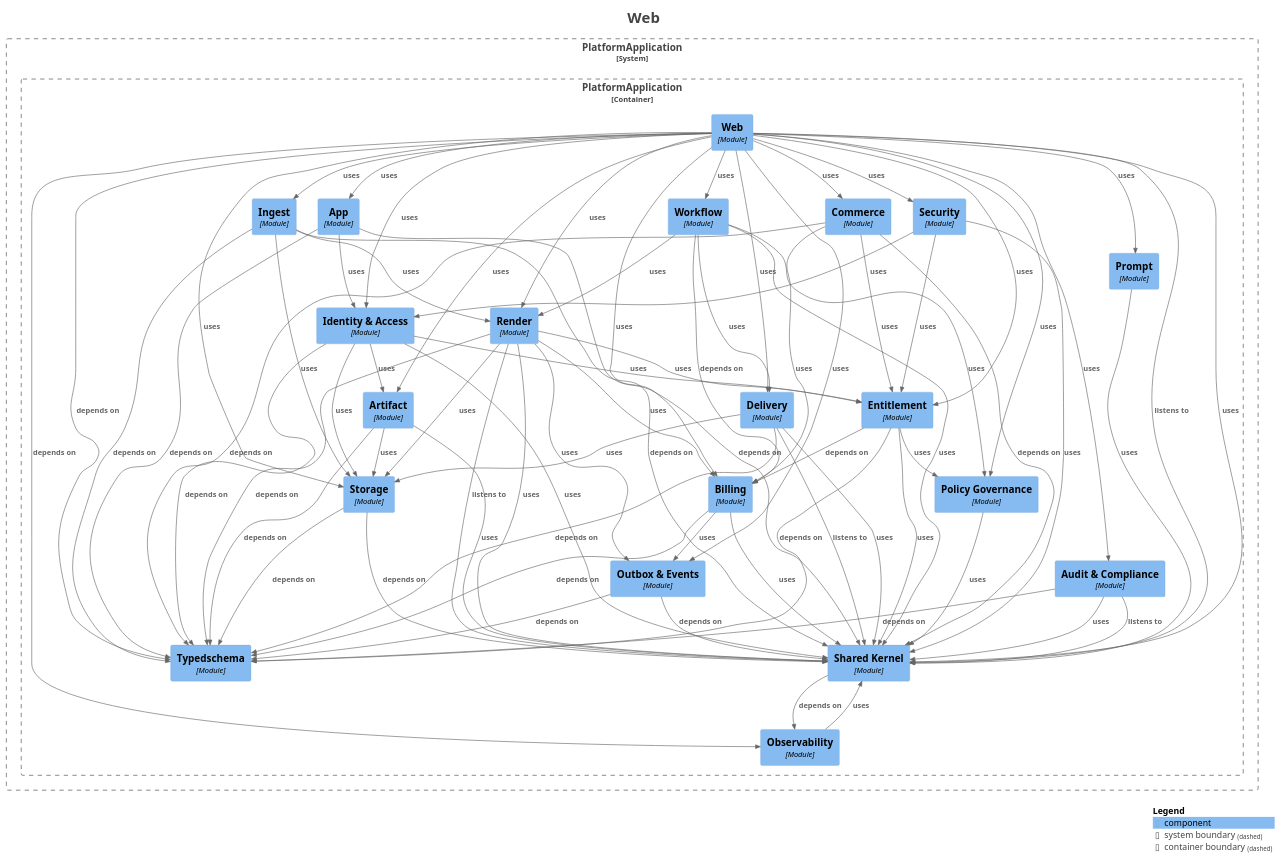
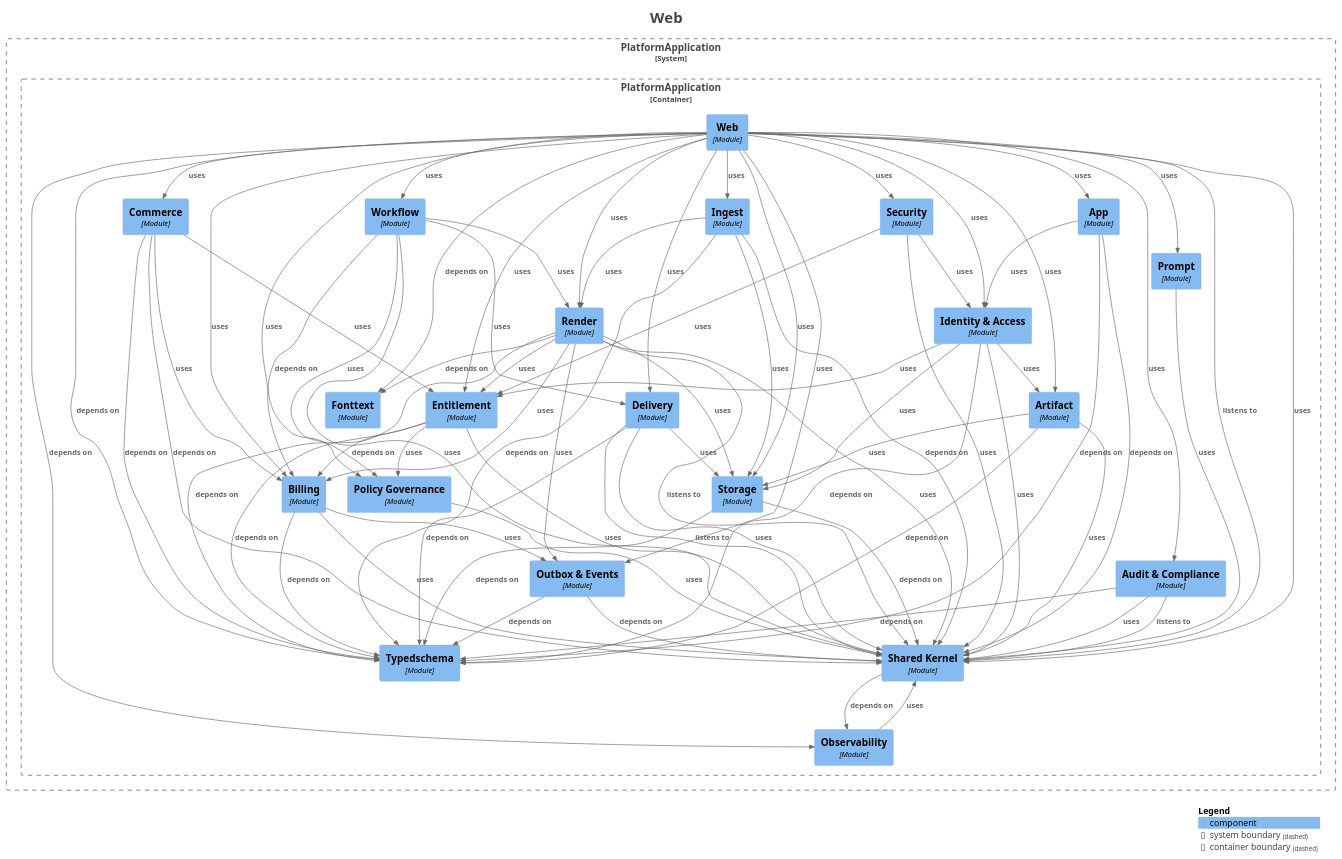
Before and after one commit to shangxq007/media-platform: the diagram in platform-app/docs/architecture/maps/generated/modulith/module-web.puml, drawn with PlantUML. The commit also changed 22 other files, not shown here.

First line of the commit message:
chore(architecture): regenerate modulith component maps after ROADMAP_19 final canonicalization

```diff
--- a/platform-app/docs/architecture/maps/generated/modulith/module-web.puml
+++ b/platform-app/docs/architecture/maps/generated/modulith/module-web.puml
@@ -20,6 +20,7 @@
     Component(PlatformApplication.PlatformApplication.Commerce, "Commerce", $techn="Module", $descr="", $tags="", $link="")
     Component(PlatformApplication.PlatformApplication.Delivery, "Delivery", $techn="Module", $descr="", $tags="", $link="")
     Component(PlatformApplication.PlatformApplication.Entitlement, "Entitlement", $techn="Module", $descr="", $tags="", $link="")
+    Component(PlatformApplication.PlatformApplication.Fonttext, "Fonttext", $techn="Module", $descr="", $tags="", $link="")
     Component(PlatformApplication.PlatformApplication.IdentityAccess, "Identity & Access", $techn="Module", $descr="", $tags="", $link="")
     Component(PlatformApplication.PlatformApplication.Ingest, "Ingest", $techn="Module", $descr="", $tags="", $link="")
     Component(PlatformApplication.PlatformApplication.Observability, "Observability", $techn="Module", $descr="", $tags="", $link="")
@@ -41,11 +42,27 @@
 
 }
 
+Rel(PlatformApplication.PlatformApplication.Workflow, PlatformApplication.PlatformApplication.Delivery, "uses", $techn="", $tags="", $link="")
+Rel(PlatformApplication.PlatformApplication.App, PlatformApplication.PlatformApplication.SharedKernel, "depends on", $techn="", $tags="", $link="")
+Rel(PlatformApplication.PlatformApplication.App, PlatformApplication.PlatformApplication.Typedschema, "depends on", $techn="", $tags="", $link="")
+Rel(PlatformApplication.PlatformApplication.App, PlatformApplication.PlatformApplication.IdentityAccess, "uses", $techn="", $tags="", $link="")
+Rel(PlatformApplication.PlatformApplication.Commerce, PlatformApplication.PlatformApplication.SharedKernel, "depends on", $techn="", $tags="", $link="")
+Rel(PlatformApplication.PlatformApplication.Commerce, PlatformApplication.PlatformApplication.Typedschema, "depends on", $techn="", $tags="", $link="")
+Rel(PlatformApplication.PlatformApplication.Commerce, PlatformApplication.PlatformApplication.Billing, "uses", $techn="", $tags="", $link="")
+Rel(PlatformApplication.PlatformApplication.Commerce, PlatformApplication.PlatformApplication.Entitlement, "uses", $techn="", $tags="", $link="")
+Rel(PlatformApplication.PlatformApplication.Delivery, PlatformApplication.PlatformApplication.SharedKernel, "listens to", $techn="", $tags="", $link="")
+Rel(PlatformApplication.PlatformApplication.Delivery, PlatformApplication.PlatformApplication.Typedschema, "depends on", $techn="", $tags="", $link="")
+Rel(PlatformApplication.PlatformApplication.Delivery, PlatformApplication.PlatformApplication.SharedKernel, "uses", $techn="", $tags="", $link="")
+Rel(PlatformApplication.PlatformApplication.Delivery, PlatformApplication.PlatformApplication.Storage, "uses", $techn="", $tags="", $link="")
+Rel(PlatformApplication.PlatformApplication.Prompt, PlatformApplication.PlatformApplication.SharedKernel, "uses", $techn="", $tags="", $link="")
 Rel(PlatformApplication.PlatformApplication.OutboxEvents, PlatformApplication.PlatformApplication.SharedKernel, "depends on", $techn="", $tags="", $link="")
 Rel(PlatformApplication.PlatformApplication.OutboxEvents, PlatformApplication.PlatformApplication.Typedschema, "depends on", $techn="", $tags="", $link="")
+Rel(PlatformApplication.PlatformApplication.Storage, PlatformApplication.PlatformApplication.Typedschema, "depends on", $techn="", $tags="", $link="")
+Rel(PlatformApplication.PlatformApplication.Storage, PlatformApplication.PlatformApplication.SharedKernel, "depends on", $techn="", $tags="", $link="")
 Rel(PlatformApplication.PlatformApplication.Web, PlatformApplication.PlatformApplication.SharedKernel, "listens to", $techn="", $tags="", $link="")
 Rel(PlatformApplication.PlatformApplication.Web, PlatformApplication.PlatformApplication.Observability, "depends on", $techn="", $tags="", $link="")
 Rel(PlatformApplication.PlatformApplication.Web, PlatformApplication.PlatformApplication.Typedschema, "depends on", $techn="", $tags="", $link="")
+Rel(PlatformApplication.PlatformApplication.Web, PlatformApplication.PlatformApplication.Fonttext, "depends on", $techn="", $tags="", $link="")
 Rel(PlatformApplication.PlatformApplication.Web, PlatformApplication.PlatformApplication.Ingest, "uses", $techn="", $tags="", $link="")
 Rel(PlatformApplication.PlatformApplication.Web, PlatformApplication.PlatformApplication.Storage, "uses", $techn="", $tags="", $link="")
 Rel(PlatformApplication.PlatformApplication.Web, PlatformApplication.PlatformApplication.SharedKernel, "uses", $techn="", $tags="", $link="")
@@ -63,60 +80,46 @@
 Rel(PlatformApplication.PlatformApplication.Web, PlatformApplication.PlatformApplication.Delivery, "uses", $techn="", $tags="", $link="")
 Rel(PlatformApplication.PlatformApplication.Web, PlatformApplication.PlatformApplication.Prompt, "uses", $techn="", $tags="", $link="")
 Rel(PlatformApplication.PlatformApplication.Web, PlatformApplication.PlatformApplication.OutboxEvents, "uses", $techn="", $tags="", $link="")
-Rel(PlatformApplication.PlatformApplication.Security, PlatformApplication.PlatformApplication.SharedKernel, "uses", $techn="", $tags="", $link="")
-Rel(PlatformApplication.PlatformApplication.Security, PlatformApplication.PlatformApplication.IdentityAccess, "uses", $techn="", $tags="", $link="")
-Rel(PlatformApplication.PlatformApplication.Security, PlatformApplication.PlatformApplication.Entitlement, "uses", $techn="", $tags="", $link="")
-Rel(PlatformApplication.PlatformApplication.Delivery, PlatformApplication.PlatformApplication.SharedKernel, "listens to", $techn="", $tags="", $link="")
-Rel(PlatformApplication.PlatformApplication.Delivery, PlatformApplication.PlatformApplication.Typedschema, "depends on", $techn="", $tags="", $link="")
-Rel(PlatformApplication.PlatformApplication.Delivery, PlatformApplication.PlatformApplication.SharedKernel, "uses", $techn="", $tags="", $link="")
-Rel(PlatformApplication.PlatformApplication.Delivery, PlatformApplication.PlatformApplication.Storage, "uses", $techn="", $tags="", $link="")
-Rel(PlatformApplication.PlatformApplication.Entitlement, PlatformApplication.PlatformApplication.Billing, "depends on", $techn="", $tags="", $link="")
-Rel(PlatformApplication.PlatformApplication.Entitlement, PlatformApplication.PlatformApplication.Typedschema, "depends on", $techn="", $tags="", $link="")
-Rel(PlatformApplication.PlatformApplication.Entitlement, PlatformApplication.PlatformApplication.PolicyGovernance, "uses", $techn="", $tags="", $link="")
-Rel(PlatformApplication.PlatformApplication.Entitlement, PlatformApplication.PlatformApplication.SharedKernel, "uses", $techn="", $tags="", $link="")
+Rel(PlatformApplication.PlatformApplication.Ingest, PlatformApplication.PlatformApplication.SharedKernel, "depends on", $techn="", $tags="", $link="")
+Rel(PlatformApplication.PlatformApplication.Ingest, PlatformApplication.PlatformApplication.Typedschema, "depends on", $techn="", $tags="", $link="")
+Rel(PlatformApplication.PlatformApplication.Ingest, PlatformApplication.PlatformApplication.Storage, "uses", $techn="", $tags="", $link="")
+Rel(PlatformApplication.PlatformApplication.Ingest, PlatformApplication.PlatformApplication.Render, "uses", $techn="", $tags="", $link="")
 Rel(PlatformApplication.PlatformApplication.IdentityAccess, PlatformApplication.PlatformApplication.Typedschema, "depends on", $techn="", $tags="", $link="")
 Rel(PlatformApplication.PlatformApplication.IdentityAccess, PlatformApplication.PlatformApplication.SharedKernel, "uses", $techn="", $tags="", $link="")
 Rel(PlatformApplication.PlatformApplication.IdentityAccess, PlatformApplication.PlatformApplication.Entitlement, "uses", $techn="", $tags="", $link="")
 Rel(PlatformApplication.PlatformApplication.IdentityAccess, PlatformApplication.PlatformApplication.Artifact, "uses", $techn="", $tags="", $link="")
 Rel(PlatformApplication.PlatformApplication.IdentityAccess, PlatformApplication.PlatformApplication.Storage, "uses", $techn="", $tags="", $link="")
-Rel(PlatformApplication.PlatformApplication.Prompt, PlatformApplication.PlatformApplication.SharedKernel, "uses", $techn="", $tags="", $link="")
+Rel(PlatformApplication.PlatformApplication.Observability, PlatformApplication.PlatformApplication.SharedKernel, "uses", $techn="", $tags="", $link="")
 Rel(PlatformApplication.PlatformApplication.Billing, PlatformApplication.PlatformApplication.Typedschema, "depends on", $techn="", $tags="", $link="")
 Rel(PlatformApplication.PlatformApplication.Billing, PlatformApplication.PlatformApplication.SharedKernel, "uses", $techn="", $tags="", $link="")
 Rel(PlatformApplication.PlatformApplication.Billing, PlatformApplication.PlatformApplication.OutboxEvents, "uses", $techn="", $tags="", $link="")
-Rel(PlatformApplication.PlatformApplication.SharedKernel, PlatformApplication.PlatformApplication.Observability, "depends on", $techn="", $tags="", $link="")
-Rel(PlatformApplication.PlatformApplication.Artifact, PlatformApplication.PlatformApplication.Typedschema, "depends on", $techn="", $tags="", $link="")
-Rel(PlatformApplication.PlatformApplication.Artifact, PlatformApplication.PlatformApplication.SharedKernel, "uses", $techn="", $tags="", $link="")
-Rel(PlatformApplication.PlatformApplication.Artifact, PlatformApplication.PlatformApplication.Storage, "uses", $techn="", $tags="", $link="")
-Rel(PlatformApplication.PlatformApplication.Observability, PlatformApplication.PlatformApplication.SharedKernel, "uses", $techn="", $tags="", $link="")
-Rel(PlatformApplication.PlatformApplication.Ingest, PlatformApplication.PlatformApplication.SharedKernel, "depends on", $techn="", $tags="", $link="")
-Rel(PlatformApplication.PlatformApplication.Ingest, PlatformApplication.PlatformApplication.Typedschema, "depends on", $techn="", $tags="", $link="")
-Rel(PlatformApplication.PlatformApplication.Ingest, PlatformApplication.PlatformApplication.Storage, "uses", $techn="", $tags="", $link="")
-Rel(PlatformApplication.PlatformApplication.Ingest, PlatformApplication.PlatformApplication.Render, "uses", $techn="", $tags="", $link="")
-Rel(PlatformApplication.PlatformApplication.Storage, PlatformApplication.PlatformApplication.Typedschema, "depends on", $techn="", $tags="", $link="")
-Rel(PlatformApplication.PlatformApplication.Storage, PlatformApplication.PlatformApplication.SharedKernel, "depends on", $techn="", $tags="", $link="")
-Rel(PlatformApplication.PlatformApplication.App, PlatformApplication.PlatformApplication.SharedKernel, "depends on", $techn="", $tags="", $link="")
-Rel(PlatformApplication.PlatformApplication.App, PlatformApplication.PlatformApplication.Typedschema, "depends on", $techn="", $tags="", $link="")
-Rel(PlatformApplication.PlatformApplication.App, PlatformApplication.PlatformApplication.IdentityAccess, "uses", $techn="", $tags="", $link="")
-Rel(PlatformApplication.PlatformApplication.PolicyGovernance, PlatformApplication.PlatformApplication.SharedKernel, "uses", $techn="", $tags="", $link="")
-Rel(PlatformApplication.PlatformApplication.Workflow, PlatformApplication.PlatformApplication.Billing, "depends on", $techn="", $tags="", $link="")
-Rel(PlatformApplication.PlatformApplication.Workflow, PlatformApplication.PlatformApplication.Render, "uses", $techn="", $tags="", $link="")
-Rel(PlatformApplication.PlatformApplication.Workflow, PlatformApplication.PlatformApplication.SharedKernel, "uses", $techn="", $tags="", $link="")
-Rel(PlatformApplication.PlatformApplication.Workflow, PlatformApplication.PlatformApplication.PolicyGovernance, "uses", $techn="", $tags="", $link="")
-Rel(PlatformApplication.PlatformApplication.Workflow, PlatformApplication.PlatformApplication.Delivery, "uses", $techn="", $tags="", $link="")
-Rel(PlatformApplication.PlatformApplication.AuditCompliance, PlatformApplication.PlatformApplication.SharedKernel, "listens to", $techn="", $tags="", $link="")
-Rel(PlatformApplication.PlatformApplication.AuditCompliance, PlatformApplication.PlatformApplication.Typedschema, "depends on", $techn="", $tags="", $link="")
-Rel(PlatformApplication.PlatformApplication.AuditCompliance, PlatformApplication.PlatformApplication.SharedKernel, "uses", $techn="", $tags="", $link="")
-Rel(PlatformApplication.PlatformApplication.Commerce, PlatformApplication.PlatformApplication.SharedKernel, "depends on", $techn="", $tags="", $link="")
-Rel(PlatformApplication.PlatformApplication.Commerce, PlatformApplication.PlatformApplication.Typedschema, "depends on", $techn="", $tags="", $link="")
-Rel(PlatformApplication.PlatformApplication.Commerce, PlatformApplication.PlatformApplication.Billing, "uses", $techn="", $tags="", $link="")
-Rel(PlatformApplication.PlatformApplication.Commerce, PlatformApplication.PlatformApplication.Entitlement, "uses", $techn="", $tags="", $link="")
 Rel(PlatformApplication.PlatformApplication.Render, PlatformApplication.PlatformApplication.SharedKernel, "listens to", $techn="", $tags="", $link="")
+Rel(PlatformApplication.PlatformApplication.Render, PlatformApplication.PlatformApplication.Fonttext, "depends on", $techn="", $tags="", $link="")
 Rel(PlatformApplication.PlatformApplication.Render, PlatformApplication.PlatformApplication.Typedschema, "depends on", $techn="", $tags="", $link="")
 Rel(PlatformApplication.PlatformApplication.Render, PlatformApplication.PlatformApplication.Storage, "uses", $techn="", $tags="", $link="")
 Rel(PlatformApplication.PlatformApplication.Render, PlatformApplication.PlatformApplication.Entitlement, "uses", $techn="", $tags="", $link="")
 Rel(PlatformApplication.PlatformApplication.Render, PlatformApplication.PlatformApplication.Billing, "uses", $techn="", $tags="", $link="")
 Rel(PlatformApplication.PlatformApplication.Render, PlatformApplication.PlatformApplication.OutboxEvents, "uses", $techn="", $tags="", $link="")
 Rel(PlatformApplication.PlatformApplication.Render, PlatformApplication.PlatformApplication.SharedKernel, "uses", $techn="", $tags="", $link="")
+Rel(PlatformApplication.PlatformApplication.Security, PlatformApplication.PlatformApplication.SharedKernel, "uses", $techn="", $tags="", $link="")
+Rel(PlatformApplication.PlatformApplication.Security, PlatformApplication.PlatformApplication.IdentityAccess, "uses", $techn="", $tags="", $link="")
+Rel(PlatformApplication.PlatformApplication.Security, PlatformApplication.PlatformApplication.Entitlement, "uses", $techn="", $tags="", $link="")
+Rel(PlatformApplication.PlatformApplication.Artifact, PlatformApplication.PlatformApplication.Typedschema, "depends on", $techn="", $tags="", $link="")
+Rel(PlatformApplication.PlatformApplication.Artifact, PlatformApplication.PlatformApplication.SharedKernel, "uses", $techn="", $tags="", $link="")
+Rel(PlatformApplication.PlatformApplication.Artifact, PlatformApplication.PlatformApplication.Storage, "uses", $techn="", $tags="", $link="")
+Rel(PlatformApplication.PlatformApplication.PolicyGovernance, PlatformApplication.PlatformApplication.SharedKernel, "uses", $techn="", $tags="", $link="")
+Rel(PlatformApplication.PlatformApplication.AuditCompliance, PlatformApplication.PlatformApplication.SharedKernel, "listens to", $techn="", $tags="", $link="")
+Rel(PlatformApplication.PlatformApplication.AuditCompliance, PlatformApplication.PlatformApplication.Typedschema, "depends on", $techn="", $tags="", $link="")
+Rel(PlatformApplication.PlatformApplication.AuditCompliance, PlatformApplication.PlatformApplication.SharedKernel, "uses", $techn="", $tags="", $link="")
+Rel(PlatformApplication.PlatformApplication.SharedKernel, PlatformApplication.PlatformApplication.Observability, "depends on", $techn="", $tags="", $link="")
+Rel(PlatformApplication.PlatformApplication.Entitlement, PlatformApplication.PlatformApplication.Billing, "depends on", $techn="", $tags="", $link="")
+Rel(PlatformApplication.PlatformApplication.Entitlement, PlatformApplication.PlatformApplication.Typedschema, "depends on", $techn="", $tags="", $link="")
+Rel(PlatformApplication.PlatformApplication.Entitlement, PlatformApplication.PlatformApplication.PolicyGovernance, "uses", $techn="", $tags="", $link="")
+Rel(PlatformApplication.PlatformApplication.Entitlement, PlatformApplication.PlatformApplication.SharedKernel, "uses", $techn="", $tags="", $link="")
+Rel(PlatformApplication.PlatformApplication.Workflow, PlatformApplication.PlatformApplication.Billing, "depends on", $techn="", $tags="", $link="")
+Rel(PlatformApplication.PlatformApplication.Workflow, PlatformApplication.PlatformApplication.Render, "uses", $techn="", $tags="", $link="")
+Rel(PlatformApplication.PlatformApplication.Workflow, PlatformApplication.PlatformApplication.SharedKernel, "uses", $techn="", $tags="", $link="")
+Rel(PlatformApplication.PlatformApplication.Workflow, PlatformApplication.PlatformApplication.PolicyGovernance, "uses", $techn="", $tags="", $link="")
 
 SHOW_LEGEND(true)
 hide stereotypes
```
